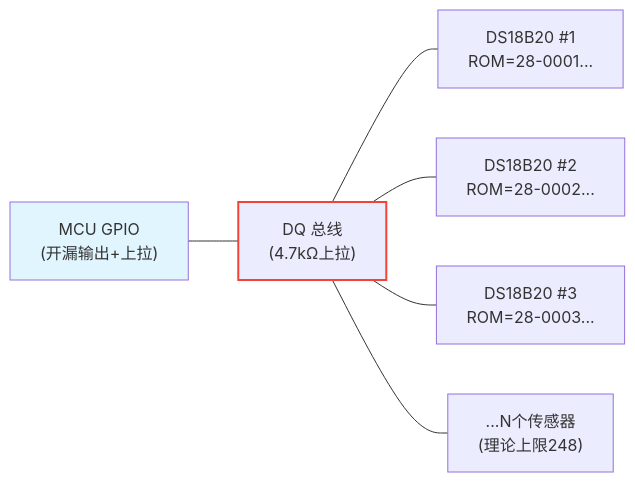
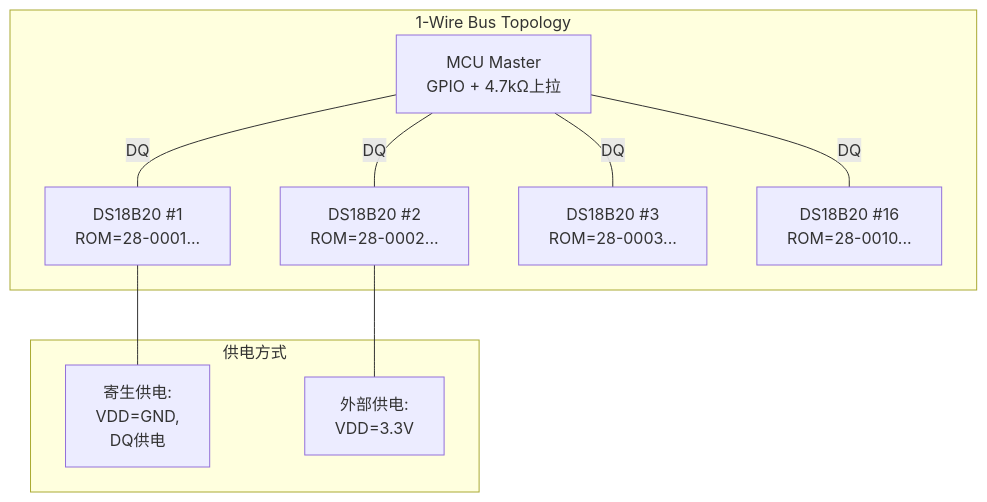
The second of 2 diagrams in docs/08-总线协议/基础外设通信总线/1-Wire/04-1-Wire逻辑级与工业.md (xiaohong0925/Embedded_Knowledge_System_V2026), drawn with Mermaid before and after one commit. The commit also changed other lines of this file and 69 other files, not shown here.

````diff
--- a/docs/08-总线协议/基础外设通信总线/1-Wire/04-1-Wire逻辑级与工业.md
+++ b/docs/08-总线协议/基础外设通信总线/1-Wire/04-1-Wire逻辑级与工业.md
@@ -221,10 +178,23 @@
 ```mermaid
-flowchart LR
-    MCU["MCU GPIO\n(开漏输出+上拉)"] --- DQ["DQ 总线\n(4.7kΩ上拉)"]
-    DQ --- S1["DS18B20 #1\nROM=28-0001..."]
-    DQ --- S2["DS18B20 #2\nROM=28-0002..."]
-    DQ --- S3["DS18B20 #3\nROM=28-0003..."]
-    DQ --- SN["...N个传感器\n(理论上限248)"]
-    style MCU fill:#e1f5fe
-    style DQ stroke:#f44336,stroke-width:2px
+flowchart TD
+    subgraph BUS["1-Wire Bus Topology"]
+        MASTER["MCU Master<br>GPIO + 4.7kΩ上拉"]
+        NODE1["DS18B20 #1<br>ROM=28-0001..."]
+        NODE2["DS18B20 #2<br>ROM=28-0002..."]
+        NODE3["DS18B20 #3<br>ROM=28-0003..."]
+        NODE16["DS18B20 #16<br>ROM=28-0010..."]
+    end
+
+    MASTER ---|DQ| NODE1
+    MASTER ---|DQ| NODE2
+    MASTER ---|DQ| NODE3
+    MASTER ---|DQ| NODE16
+
+    subgraph POWER["供电方式"]
+        PARASITE["寄生供电:<br>VDD=GND,<br>DQ供电"]
+        EXTERNAL["外部供电:<br>VDD=3.3V"]
+    end
+
+    NODE1 --- PARASITE
+    NODE2 --- EXTERNAL
 ```
````
